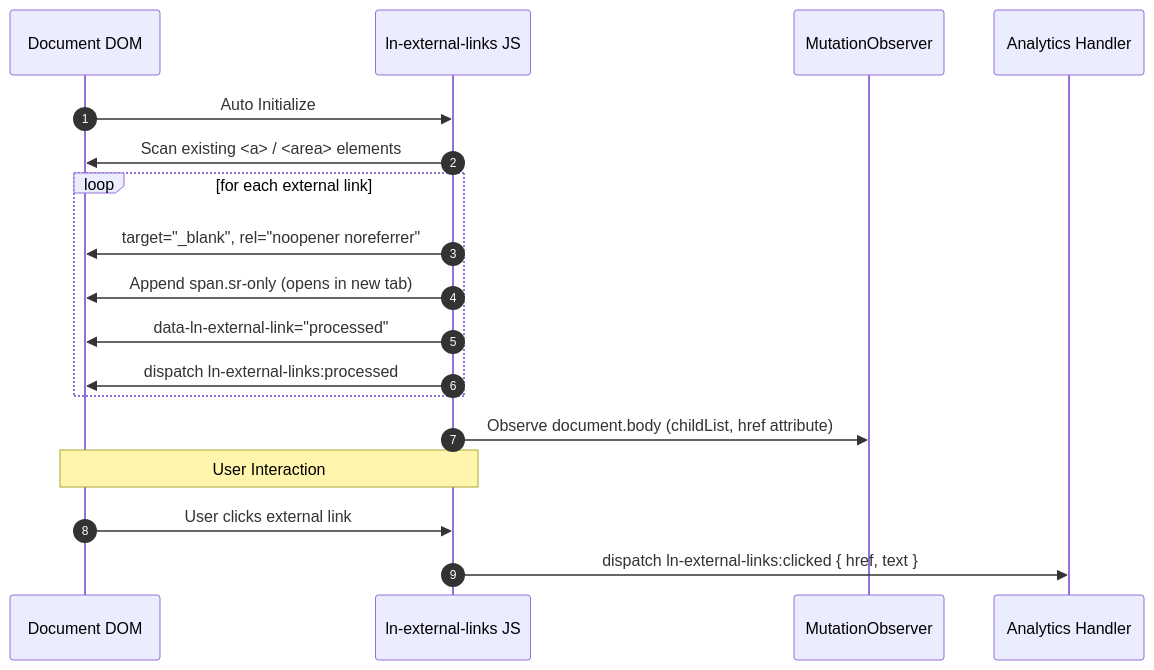
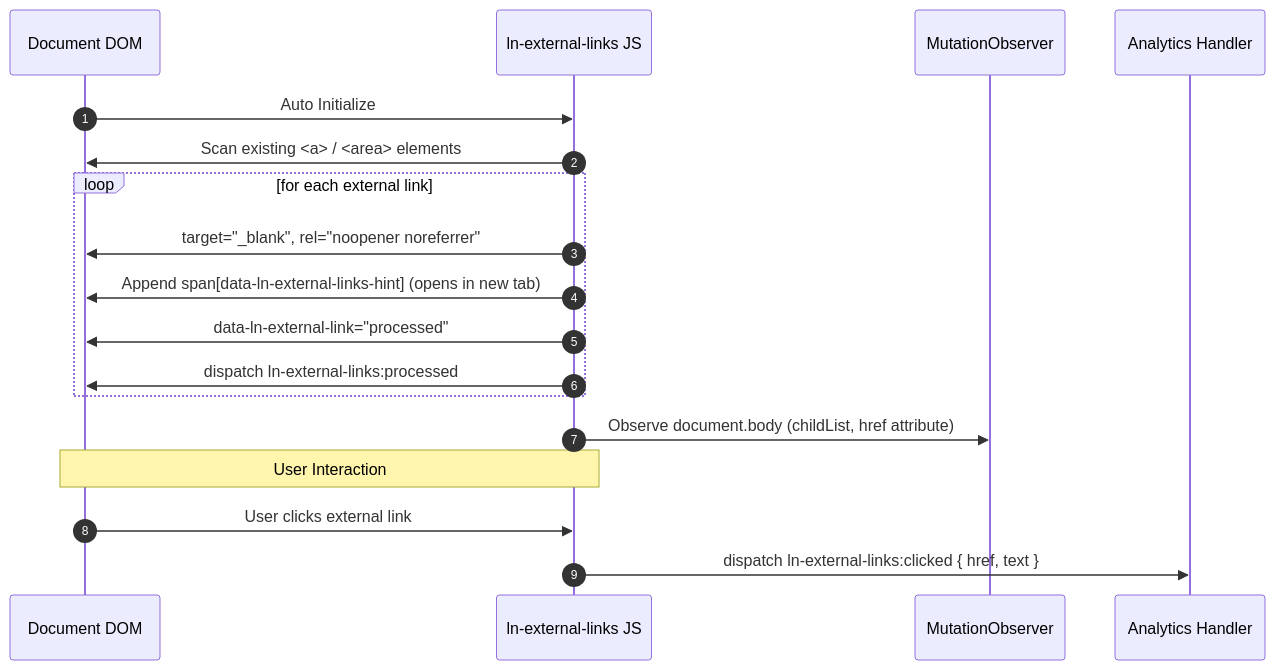
One commit to livenetworks/ln-ashlar changed the diagram in docs-mcp/components/ln-external-links.md. Above: the diagram before and after it, drawn with Mermaid. The commit also changed other lines of this file and 174 other files, not shown here.

````diff
--- a/docs-mcp/components/ln-external-links.md
+++ b/docs-mcp/components/ln-external-links.md
@@ -131,24 +124,24 @@
 ```mermaid
 sequenceDiagram
     autonumber
     participant DOM as Document DOM
     participant JS as ln-external-links JS
     participant Observer as MutationObserver
     participant Analytics as Analytics Handler
 
     DOM->>JS: Auto Initialize
     JS->>DOM: Scan existing <a> / <area> elements
     
     loop for each external link
         JS->>DOM: target="_blank", rel="noopener noreferrer"
-        JS->>DOM: Append span.sr-only (opens in new tab)
+        JS->>DOM: Append span[data-ln-external-links-hint] (opens in new tab)
         JS->>DOM: data-ln-external-link="processed"
         JS->>DOM: dispatch ln-external-links:processed
     end
 
     JS->>Observer: Observe document.body (childList, href attribute)
 
     Note over DOM, JS: User Interaction
     DOM->>JS: User clicks external link
     JS->>Analytics: dispatch ln-external-links:clicked { href, text }
 ```
````
